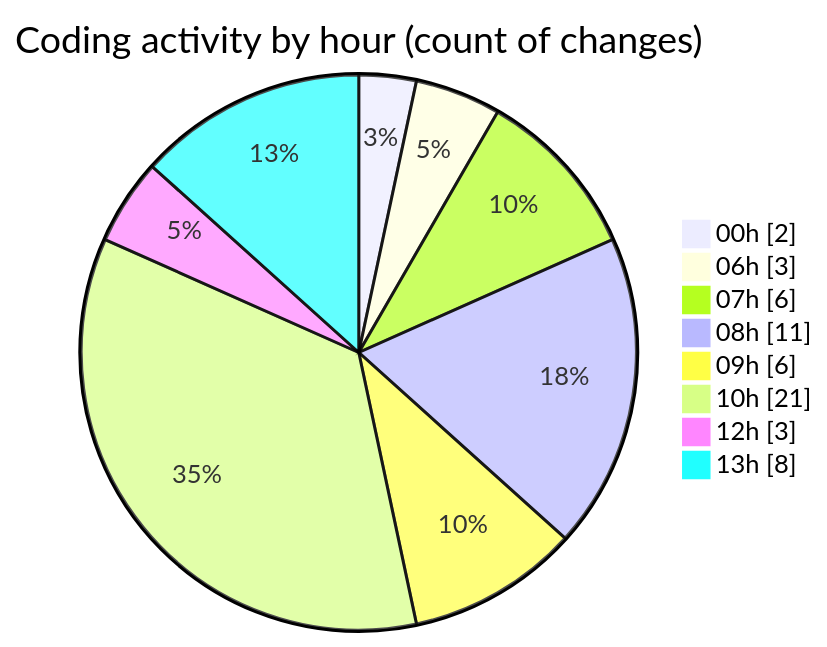
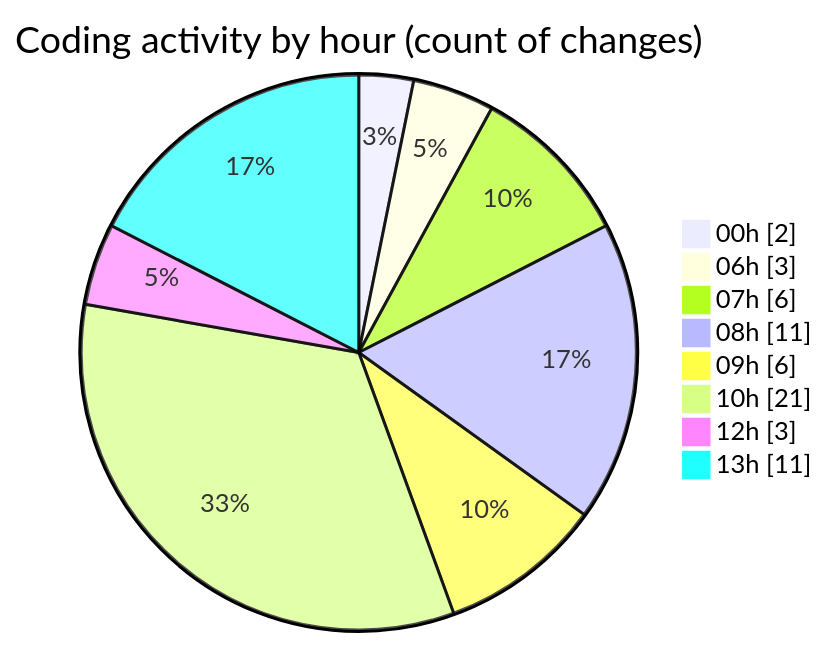
Before and after one commit to Elitesun/code-tracking: the second of 2 diagrams in 2025-05-15/niten/README.md, drawn with Mermaid. The commit also changed other lines of this file and 1 other file, not shown here.

````diff
--- a/2025-05-15/niten/README.md
+++ b/2025-05-15/niten/README.md
@@ -50,12 +52,12 @@
 ```mermaid
 pie showData
 title Coding activity by hour (count of changes)
 "00h" : 2
 "06h" : 3
 "07h" : 6
 "08h" : 11
 "09h" : 6
 "10h" : 21
 "12h" : 3
-"13h" : 8
+"13h" : 11
 ```
````
